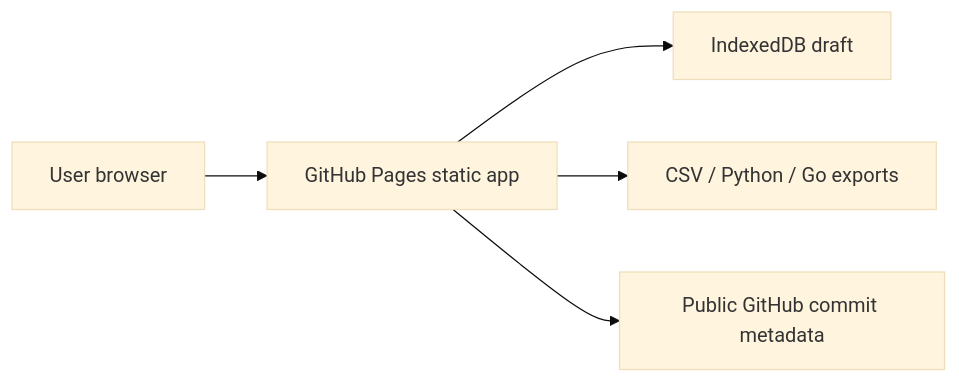
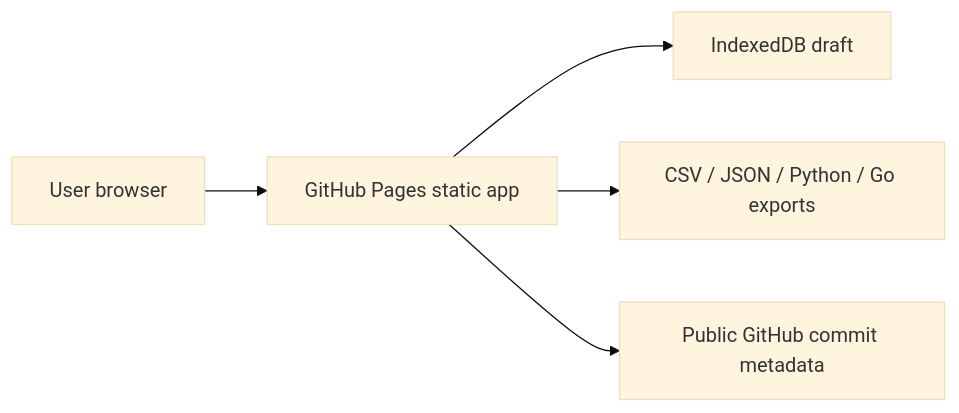
The diagram in README.md (baditaflorin/paste-scraper-builder), drawn with Mermaid (base theme) before and after one commit. The commit also changed other lines of this file and 16 other files, not shown here.

````diff
--- a/README.md
+++ b/README.md
@@ -38,7 +48,7 @@
 ```mermaid
 flowchart LR
   User["User browser"] --> Pages["GitHub Pages static app"]
   Pages --> IndexedDB["IndexedDB draft"]
-  Pages --> Exports["CSV / Python / Go exports"]
+  Pages --> Exports["CSV / JSON / Python / Go exports"]
   Pages --> GitHub["Public GitHub commit metadata"]
 ```
````
